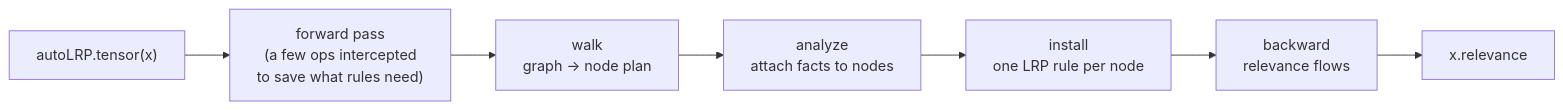
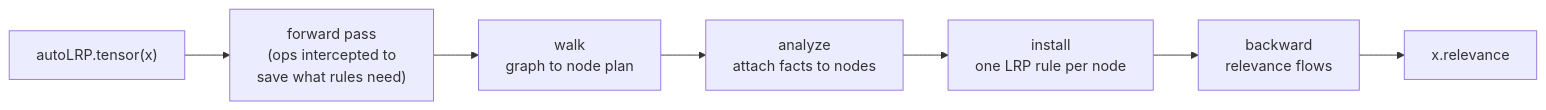
One commit to Wa-lead/autoLRP changed the diagram in README.md. Above: the diagram before and after it, drawn with Mermaid. The commit also changed other lines of this file and 2 other files, not shown here.

````diff
--- a/README.md
+++ b/README.md
@@ -74,9 +106,9 @@
 ```mermaid
 flowchart LR
-  A["autoLRP.tensor(x)"] --> B["forward pass<br/>(a few ops intercepted<br/>to save what rules need)"]
-  B --> C["walk<br/>graph → node plan"]
+  A["autoLRP.tensor(x)"] --> B["forward pass<br/>(ops intercepted to<br/>save what rules need)"]
+  B --> C["walk<br/>graph to node plan"]
   C --> D["analyze<br/>attach facts to nodes"]
   D --> E["install<br/>one LRP rule per node"]
   E --> F["backward<br/>relevance flows"]
   F --> G["x.relevance"]
 ```
````
